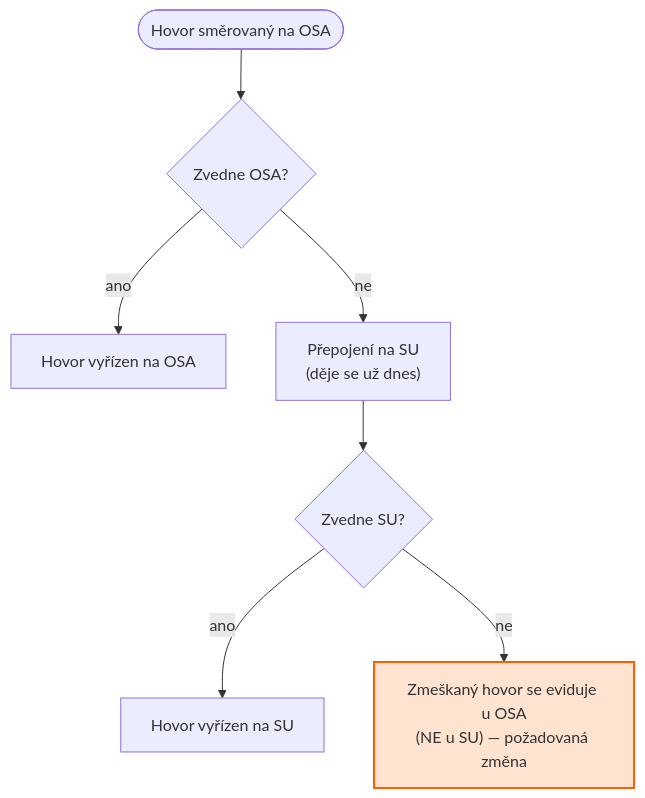
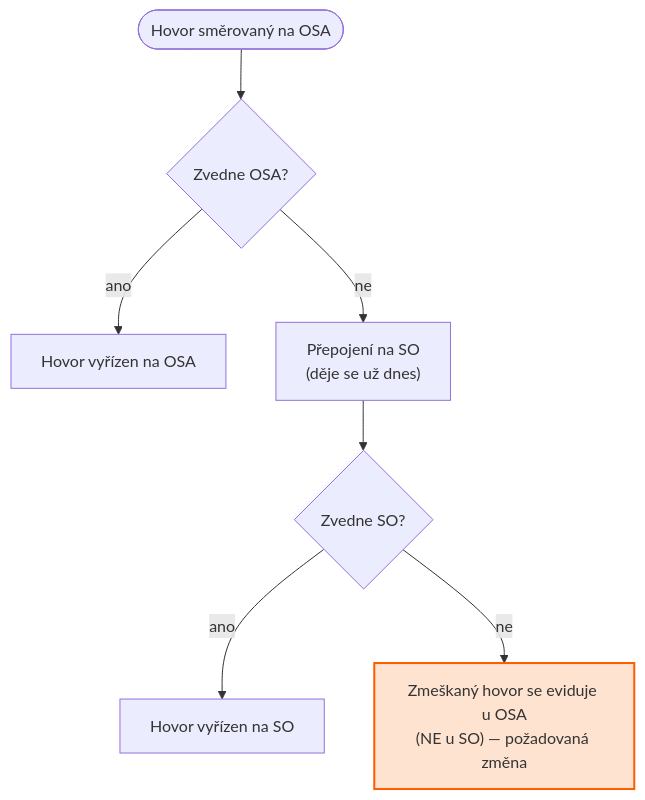
The fourth of 5 diagrams in diagramy/smerovani-prichozich-hovoru.md (HanzCZ/ETKmanualy), drawn with Mermaid before and after one commit. The commit also changed other lines of this file, not shown here.

````diff
--- a/diagramy/smerovani-prichozich-hovoru.md
+++ b/diagramy/smerovani-prichozich-hovoru.md
@@ -95,11 +95,11 @@
 ```mermaid
 flowchart TD
     CALL([Hovor směrovaný na OSA]) --> Q1{Zvedne OSA?}
     Q1 -- "ano" --> DONE1[Hovor vyřízen na OSA]
-    Q1 -- "ne" --> FWD["Přepojení na SU<br>(děje se už dnes)"]
-    FWD --> Q2{Zvedne SU?}
-    Q2 -- "ano" --> DONE2[Hovor vyřízen na SU]
-    Q2 -- "ne" --> MISS["Zmeškaný hovor se eviduje u OSA<br>(NE u SU) — požadovaná změna"]
+    Q1 -- "ne" --> FWD["Přepojení na SO<br>(děje se už dnes)"]
+    FWD --> Q2{Zvedne SO?}
+    Q2 -- "ano" --> DONE2[Hovor vyřízen na SO]
+    Q2 -- "ne" --> MISS["Zmeškaný hovor se eviduje u OSA<br>(NE u SO) — požadovaná změna"]
 
     style MISS fill:#ffe3d1,stroke:#ff5c00,stroke-width:2px
 ```
````
